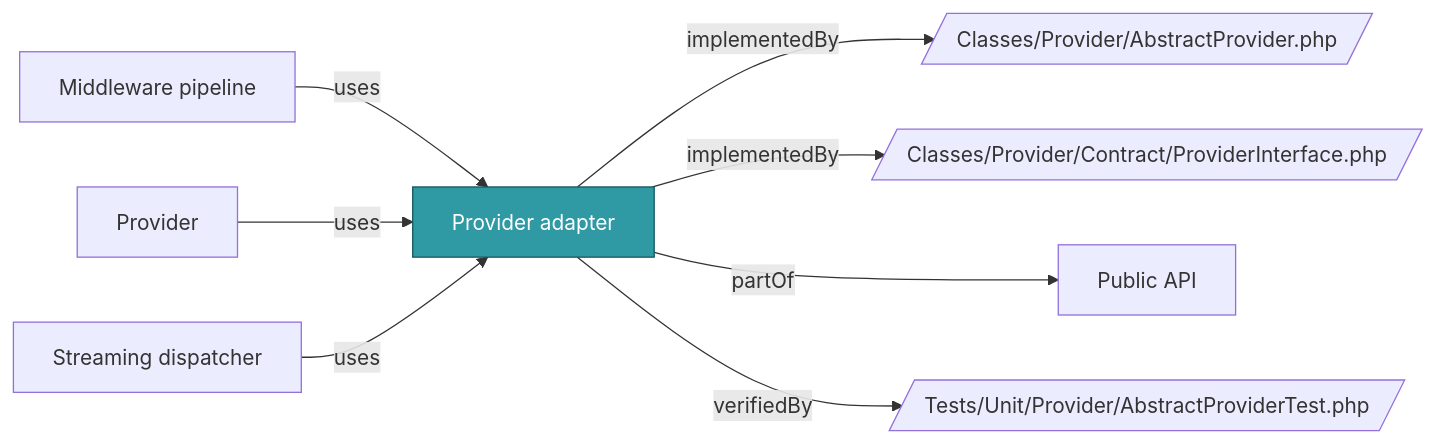
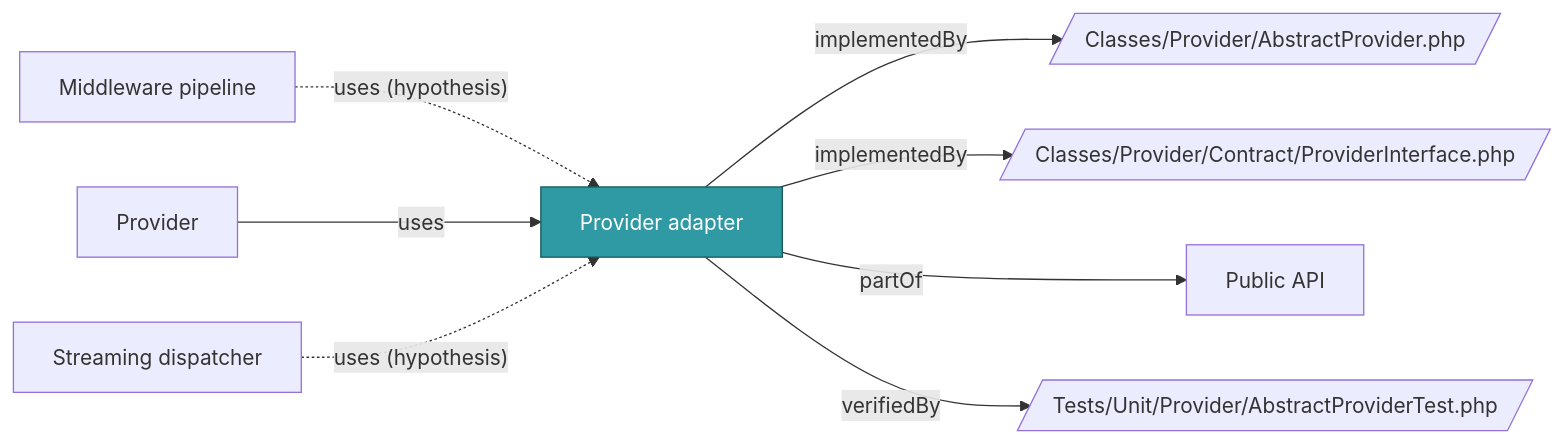
Before and after one commit to netresearch/t3x-nr-llm: the diagram in docs/ontology/concepts/provider-adapter.md, drawn with Mermaid. The commit also changed 6 other files, not shown here.

````diff
--- a/docs/ontology/concepts/provider-adapter.md
+++ b/docs/ontology/concepts/provider-adapter.md
@@ -23,20 +23,20 @@
 ```mermaid
 flowchart LR
   c["Provider adapter"]
   n1[/"Classes/Provider/AbstractProvider.php"/]
   n2[/"Classes/Provider/Contract/ProviderInterface.php"/]
   n3["Public API"]
   n4[/"Tests/Unit/Provider/AbstractProviderTest.php"/]
   n5["Middleware pipeline"]
   n6["Provider"]
   n7["Streaming dispatcher"]
   c -->|"implementedBy"| n1
   c -->|"implementedBy"| n2
   c -->|"partOf"| n3
   c -->|"verifiedBy"| n4
-  n5 -->|"uses"| c
+  n5 -.->|"uses (hypothesis)"| c
   n6 -->|"uses"| c
-  n7 -->|"uses"| c
+  n7 -.->|"uses (hypothesis)"| c
   classDef focus fill:#2F99A4,stroke:#15585E,color:#ffffff
   class c focus
 ```
````
